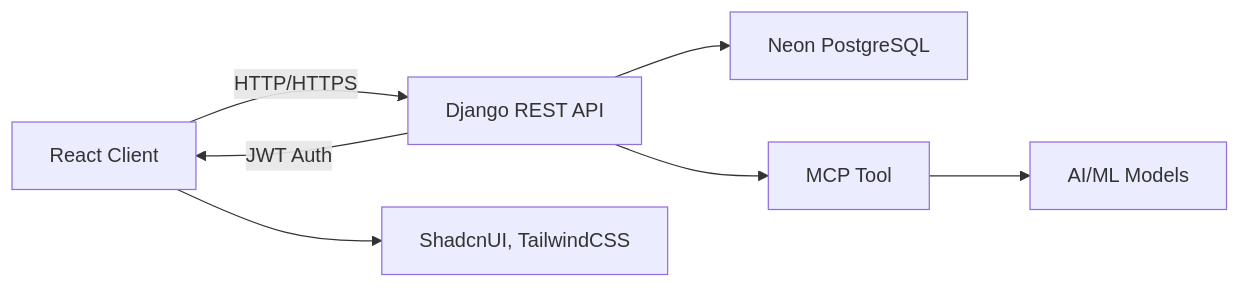
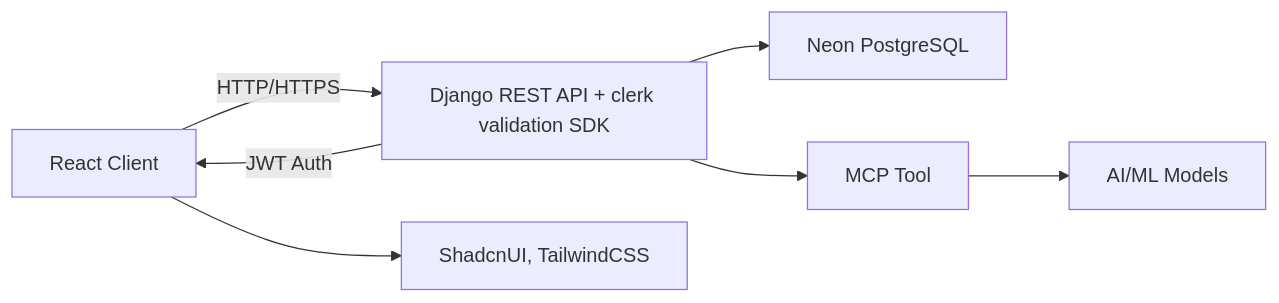
Before and after one commit to unmatched78/Note-LearnI: the diagram in README.md, drawn with Mermaid. The commit also changed other lines of this file, not shown here.

````diff
--- a/README.md
+++ b/README.md
@@ -81,8 +81,8 @@
 ```mermaid
 flowchart LR
-    A[React Client] -- HTTP/HTTPS --> B[Django REST API]
+    A[React Client] -- HTTP/HTTPS --> B[Django REST API + clerk validation SDK]
     B --> C[Neon PostgreSQL]
     B -- JWT Auth --> A
     B --> D[MCP Tool] --> E[AI/ML Models]
     A --> F[ShadcnUI, TailwindCSS]
 ```
````
